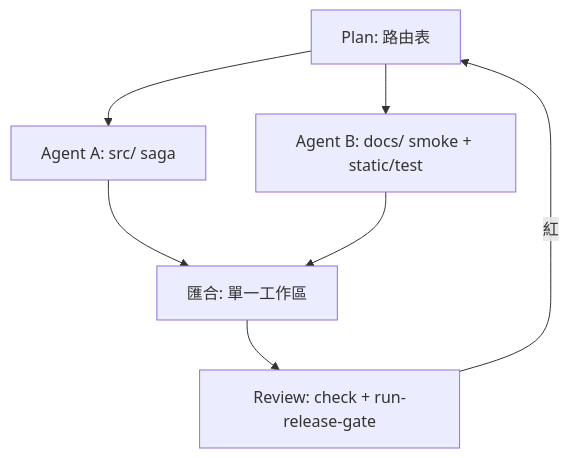
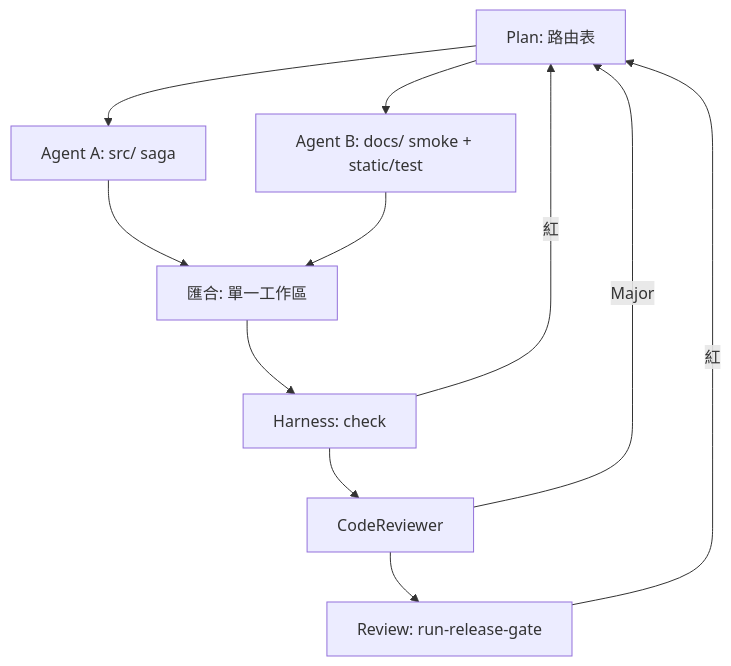
Before and after one commit to johnGitHub24/TradingSagaTCC: the second of 2 diagrams in docs/graph-routing.md, drawn with Mermaid. The commit also changed other lines of this file, not shown here.

Commit message:
docs：graph-routing 對齊 CodeReviewer 節點（EOS 0.1.18 金樣）。

````diff
--- a/docs/graph-routing.md
+++ b/docs/graph-routing.md
@@ -52,9 +71,13 @@
 ```mermaid
 flowchart TB
   P[Plan: 路由表] --> A[Agent A: src/ saga]
   P --> B[Agent B: docs/ smoke + static/test]
   A --> M[匯合: 單一工作區]
   B --> M
-  M --> R[Review: check + run-release-gate]
+  M --> H[Harness: check]
+  H --> CR[CodeReviewer]
+  CR --> R[Review: run-release-gate]
+  H -->|紅| P
+  CR -->|Major| P
   R -->|紅| P
 ```
````
